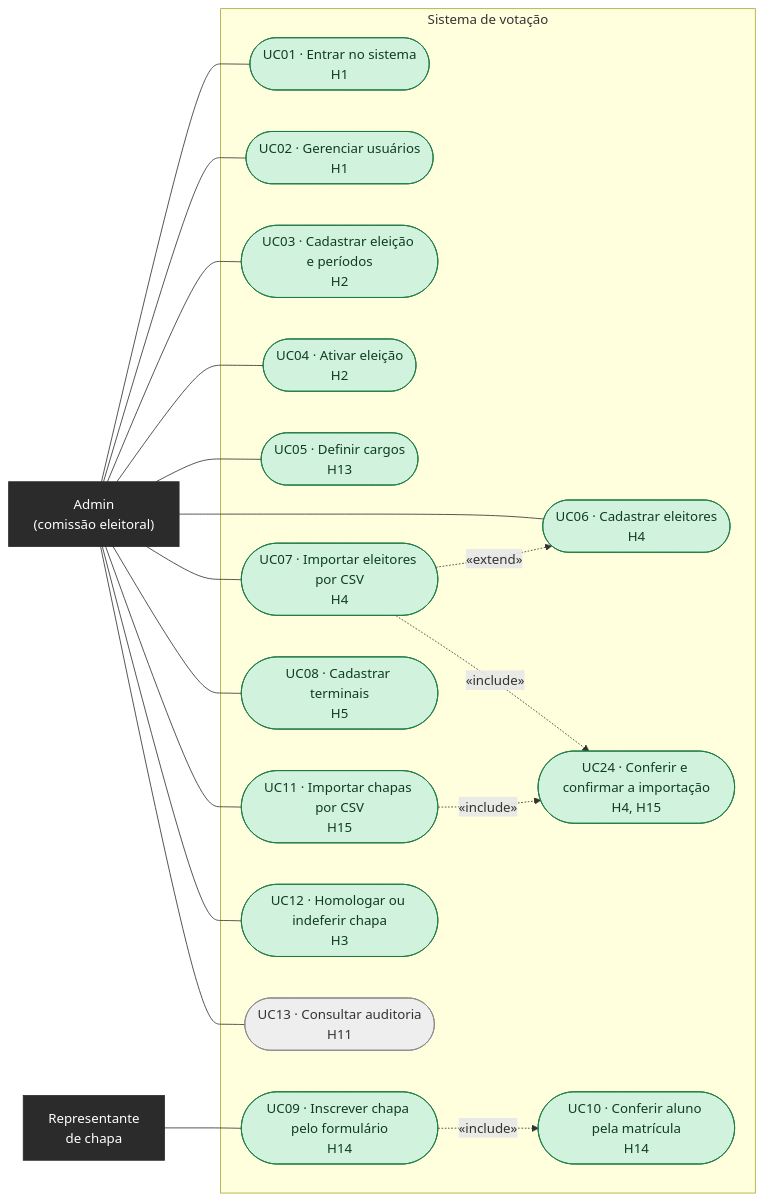
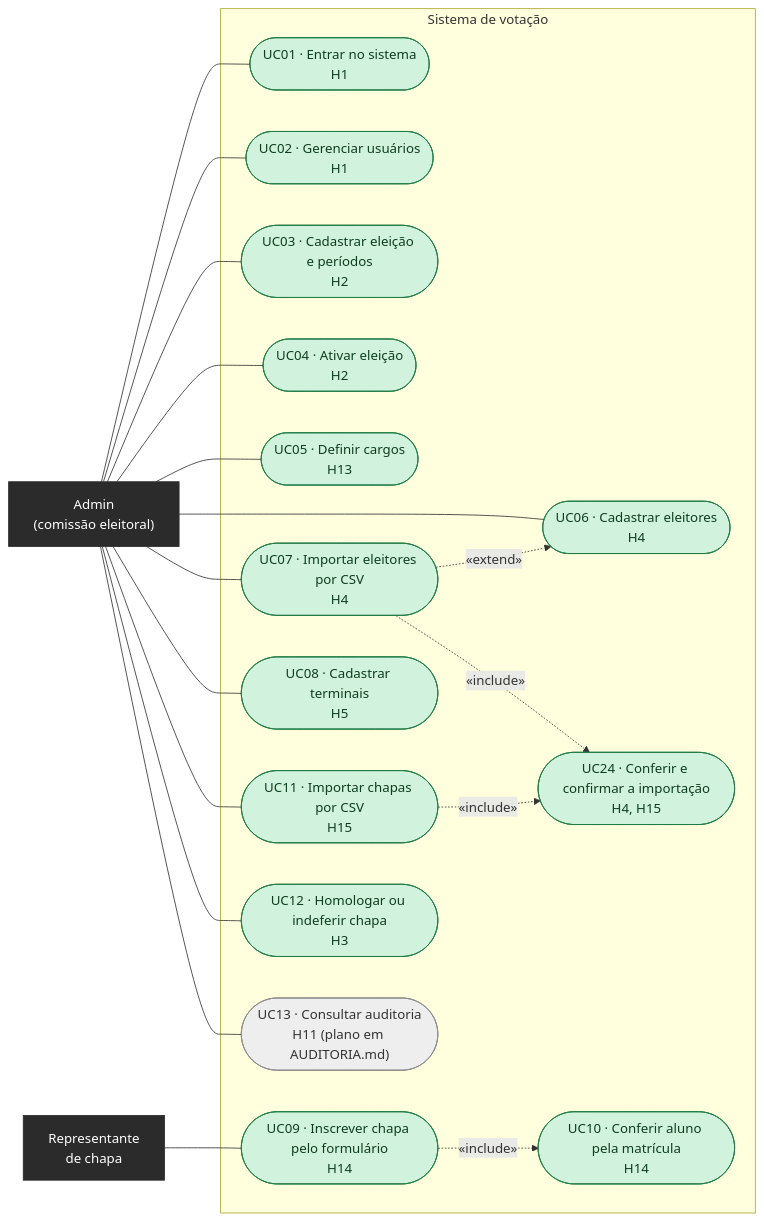
The second of 10 diagrams in docs/DIAGRAMAS.md (prof-ronildo-unicatolica/votacao-digitech), drawn with Mermaid before and after one commit. The commit also changed other lines of this file and 6 other files, not shown here.

First line of the commit message:
docs: plano de auditoria (H11, D22)

````diff
--- a/docs/DIAGRAMAS.md
+++ b/docs/DIAGRAMAS.md
@@ -29,47 +29,47 @@
 ```mermaid
 flowchart LR
     ADM["Admin<br/>(comissão eleitoral)"]:::ator
     REP["Representante<br/>de chapa"]:::ator
 
     subgraph SIS["Sistema de votação"]
         UC01(["UC01 · Entrar no sistema<br/>H1"])
         UC02(["UC02 · Gerenciar usuários<br/>H1"])
         UC03(["UC03 · Cadastrar eleição e períodos<br/>H2"])
         UC04(["UC04 · Ativar eleição<br/>H2"])
         UC05(["UC05 · Definir cargos<br/>H13"])
         UC06(["UC06 · Cadastrar eleitores<br/>H4"])
         UC07(["UC07 · Importar eleitores por CSV<br/>H4"])
         UC08(["UC08 · Cadastrar terminais<br/>H5"])
         UC09(["UC09 · Inscrever chapa pelo formulário<br/>H14"])
         UC10(["UC10 · Conferir aluno pela matrícula<br/>H14"])
         UC11(["UC11 · Importar chapas por CSV<br/>H15"])
         UC24(["UC24 · Conferir e confirmar a importação<br/>H4, H15"])
         UC12(["UC12 · Homologar ou indeferir chapa<br/>H3"])
-        UC13(["UC13 · Consultar auditoria<br/>H11"])
+        UC13(["UC13 · Consultar auditoria<br/>H11 (plano em AUDITORIA.md)"])
     end
 
     ADM --- UC01
     ADM --- UC02
     ADM --- UC03
     ADM --- UC04
     ADM --- UC05
     ADM --- UC06
     ADM --- UC07
     ADM --- UC08
     ADM --- UC11
     ADM --- UC12
     ADM --- UC13
     REP --- UC09
 
     UC07 -. "«extend»" .-> UC06
     UC09 -. "«include»" .-> UC10
     UC11 -. "«include»" .-> UC24
     UC07 -. "«include»" .-> UC24
 
     class UC01,UC02,UC03,UC04,UC05,UC06,UC07,UC08,UC09,UC10,UC11,UC12,UC24 feito
     class UC13 afazer
     classDef ator fill:#2b2b2b,stroke:#2b2b2b,color:#ffffff
     classDef feito fill:#d1f2dc,stroke:#1e7a44,color:#0f3d22
     classDef revisao fill:#fff1c2,stroke:#9a6b00,color:#4d3500
     classDef afazer fill:#eeeeee,stroke:#8a8a8a,color:#333333
 ```
````
